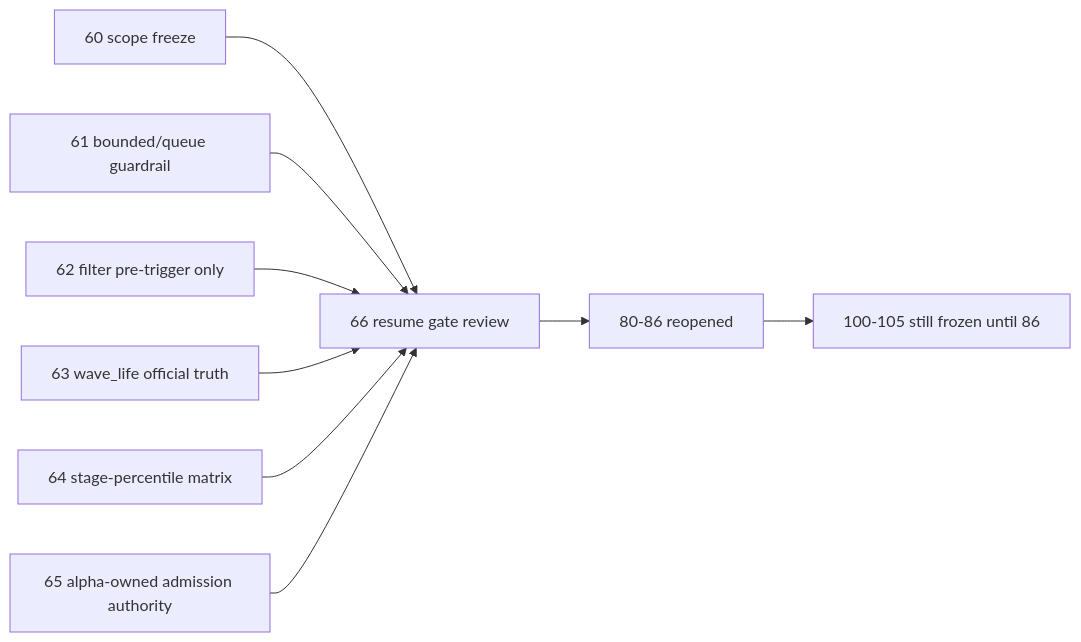
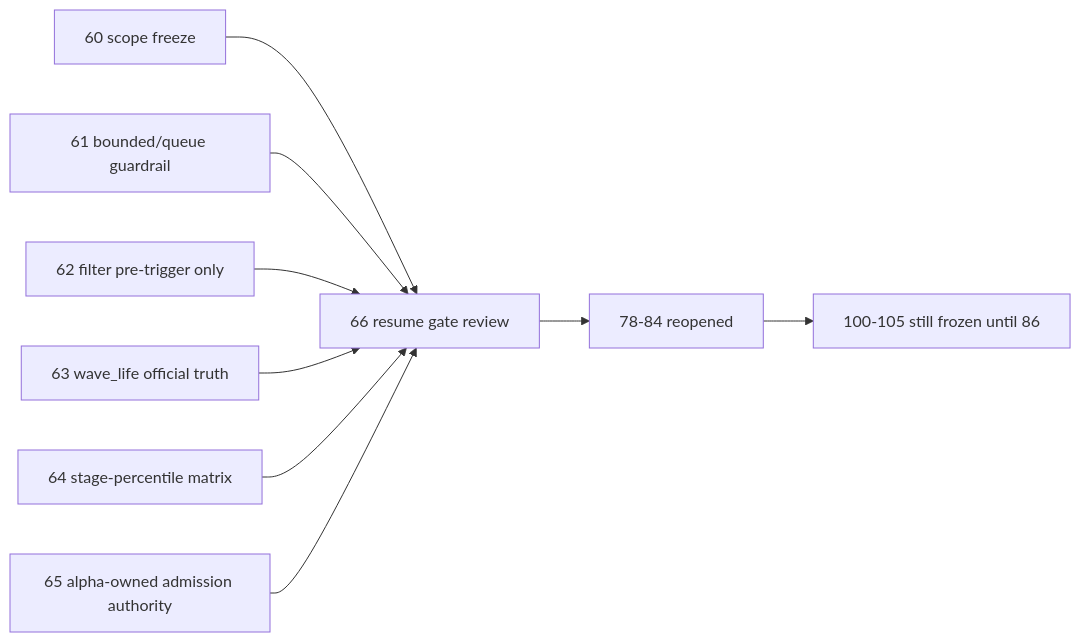
One commit to everything-is-simple/lifespan-0.01 changed the diagram in docs/03-execution/evidence/66-mainline-rectification-resume-gate-evidence-20260415.md. Above: the diagram before and after it, drawn with Mermaid. The commit also changed other lines of this file and 86 other files, not shown here.

````diff
--- a/docs/03-execution/evidence/66-mainline-rectification-resume-gate-evidence-20260415.md
+++ b/docs/03-execution/evidence/66-mainline-rectification-resume-gate-evidence-20260415.md
@@ -58,11 +58,11 @@
 ```mermaid
 flowchart LR
     C60["60 scope freeze"] --> G66["66 resume gate review"]
     C61["61 bounded/queue guardrail"] --> G66
     C62["62 filter pre-trigger only"] --> G66
     C63["63 wave_life official truth"] --> G66
     C64["64 stage-percentile matrix"] --> G66
     C65["65 alpha-owned admission authority"] --> G66
-    G66 --> C80["80-86 reopened"]
+    G66 --> C80["78-84 reopened"]
     C80 --> C100["100-105 still frozen until 86"]
 ```
````
